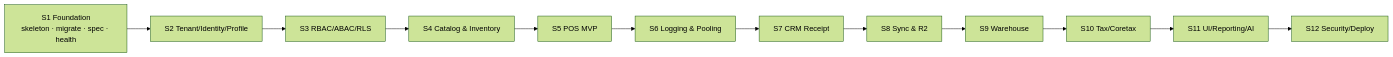
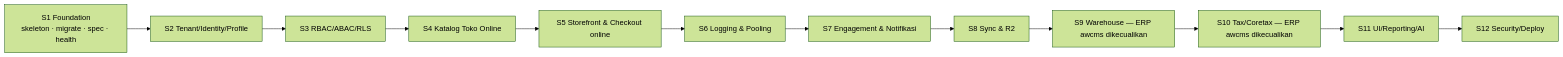
The diagram in docs/awcms-micro/11_implementation_blueprint.md (ahliweb/awcms-micro), drawn with Mermaid (forest theme) before and after one commit. The commit also changed other lines of this file and 24 other files, not shown here.

First line of the commit message:
docs(adr-0034): Round 2 — reframe docs 02–19 running examples from retail/POS to website/online-store (#301)

````diff
--- a/docs/awcms-micro/11_implementation_blueprint.md
+++ b/docs/awcms-micro/11_implementation_blueprint.md
@@ -19,14 +19,14 @@
 ```mermaid
 flowchart LR
   S1[S1 Foundation<br/>skeleton · migrate · spec · health] --> S2[S2 Tenant/Identity/Profile]
   S2 --> S3[S3 RBAC/ABAC/RLS]
-  S3 --> S4[S4 Catalog & Inventory]
-  S4 --> S5[S5 POS MVP]
+  S3 --> S4[S4 Katalog Toko Online]
+  S4 --> S5[S5 Storefront & Checkout online]
   S5 --> S6[S6 Logging & Pooling]
-  S6 --> S7[S7 CRM Receipt]
+  S6 --> S7[S7 Engagement & Notifikasi]
   S7 --> S8[S8 Sync & R2]
-  S8 --> S9[S9 Warehouse]
-  S9 --> S10[S10 Tax/Coretax]
+  S8 --> S9[S9 Warehouse — ERP awcms dikecualikan]
+  S9 --> S10[S10 Tax/Coretax — ERP awcms dikecualikan]
   S10 --> S11[S11 UI/Reporting/AI]
   S11 --> S12[S12 Security/Deploy]
 ```
````
